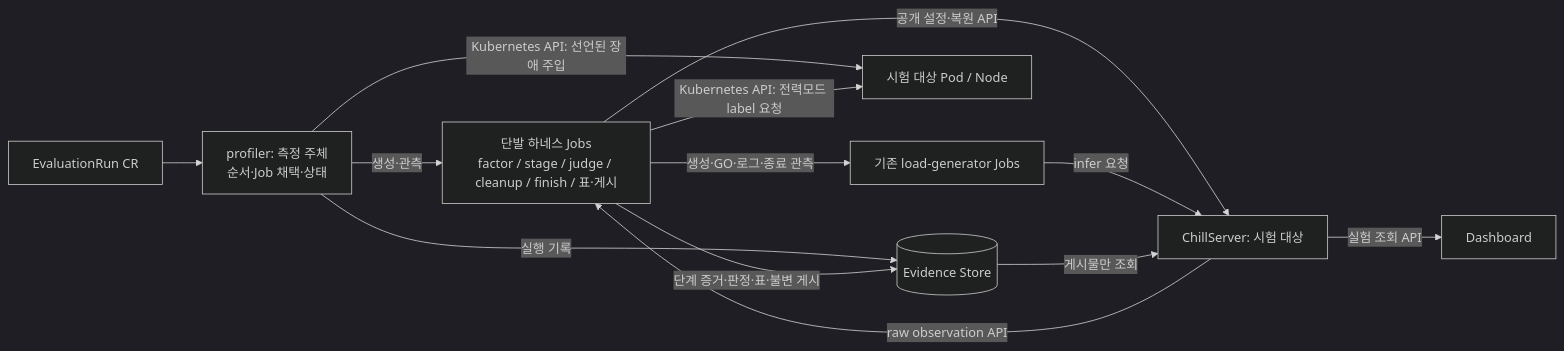
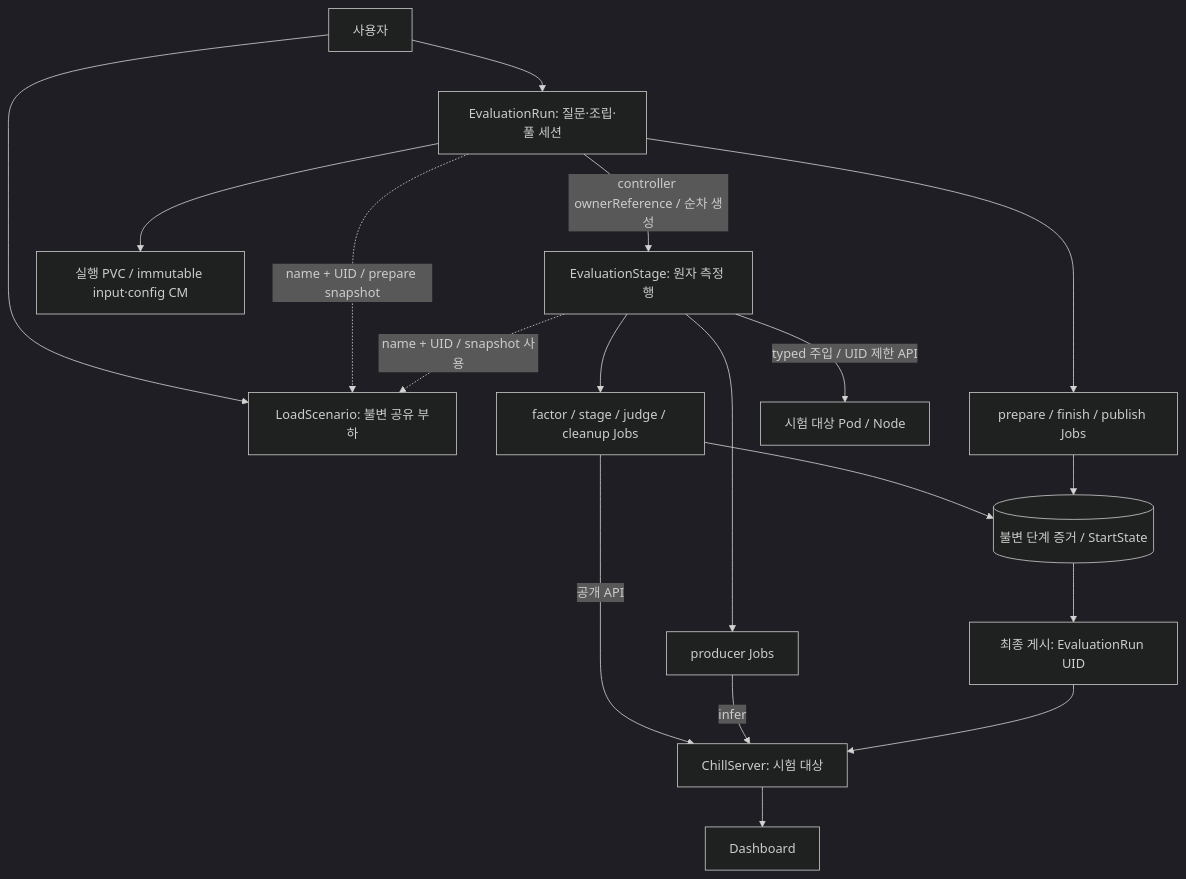
The diagram in docs/design/profiling/experiment-execution.md (lab-paper-code/chill), drawn with Mermaid (dark theme) before and after one commit. The commit also changed other lines of this file, not shown here.

Commit message:
docs(design): LoadScenario, EvaluationRun, EvaluationStage sub-models

````diff
--- a/docs/design/profiling/experiment-execution.md
+++ b/docs/design/profiling/experiment-execution.md
@@ -23,15 +23,20 @@
 ```mermaid
-flowchart LR
-  E[EvaluationRun CR] --> P[profiler: 측정 주체\n순서·Job 채택·상태]
-  P -->|생성·관측| H[단발 하네스 Jobs\nfactor / stage / judge / cleanup / finish / 표·게시]
-  H -->|공개 설정·복원 API| C[ChillServer: 시험 대상]
-  H -->|생성·GO·로그·종료 관측| L[기존 load-generator Jobs]
-  P -->|Kubernetes API: 선언된 장애 주입| K[시험 대상 Pod / Node]
-  H -->|Kubernetes API: 전력모드 label 요청| K
-  L -->|infer 요청| C
-  C -->|raw observation API| H
-  P -->|실행 기록| S[(Evidence Store)]
-  H -->|단계 증거·판정·표·불변 게시| S
-  S -->|게시물만 조회| C
-  C -->|실험 조회 API| D[Dashboard]
+flowchart TD
+  U[사용자] --> L[LoadScenario: 불변 공유 부하]
+  U --> E[EvaluationRun: 질문·조립·풀 세션]
+  E -->|controller ownerReference / 순차 생성| S[EvaluationStage: 원자 측정 행]
+  E -.->|name + UID / prepare snapshot| L
+  S -.->|name + UID / snapshot 사용| L
+  E --> G[prepare / finish / publish Jobs]
+  E --> W[실행 PVC / immutable input·config CM]
+  S --> J[factor / stage / judge / cleanup Jobs]
+  S --> P[producer Jobs]
+  S -->|typed 주입 / UID 제한 API| K[시험 대상 Pod / Node]
+  J -->|공개 API| C[ChillServer: 시험 대상]
+  P -->|infer| C
+  J --> B[(불변 단계 증거 / StartState)]
+  G --> B
+  B --> F[최종 게시: EvaluationRun UID]
+  F --> C
+  C --> D[Dashboard]
 ```
````
